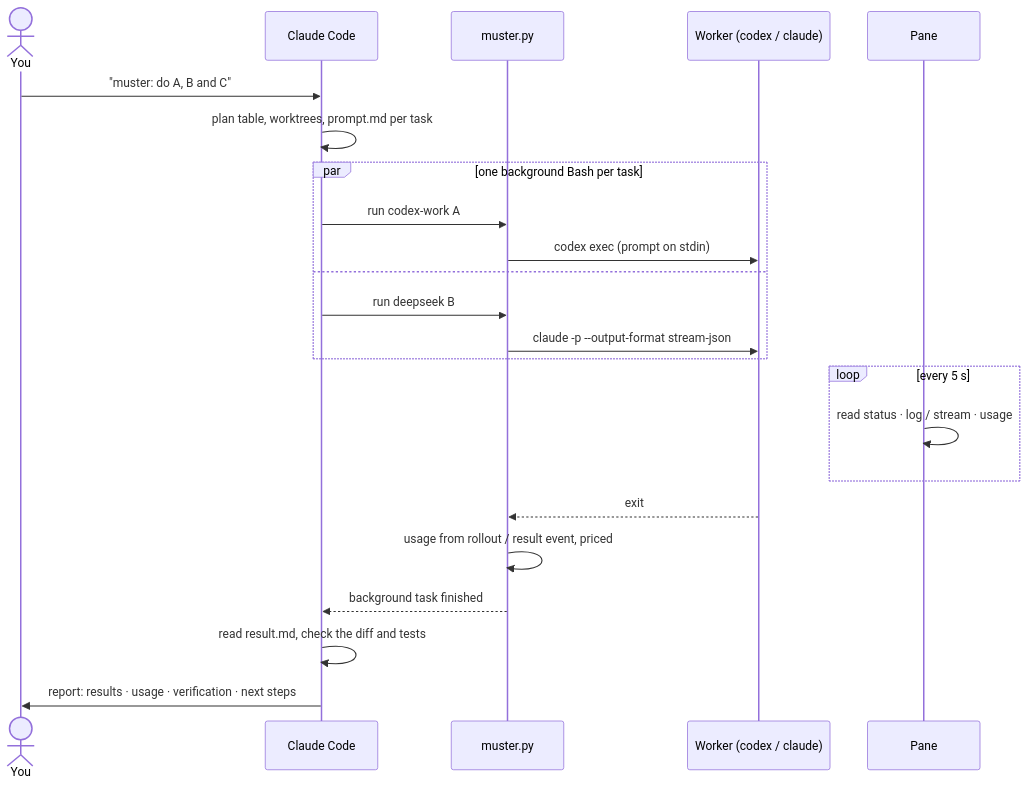
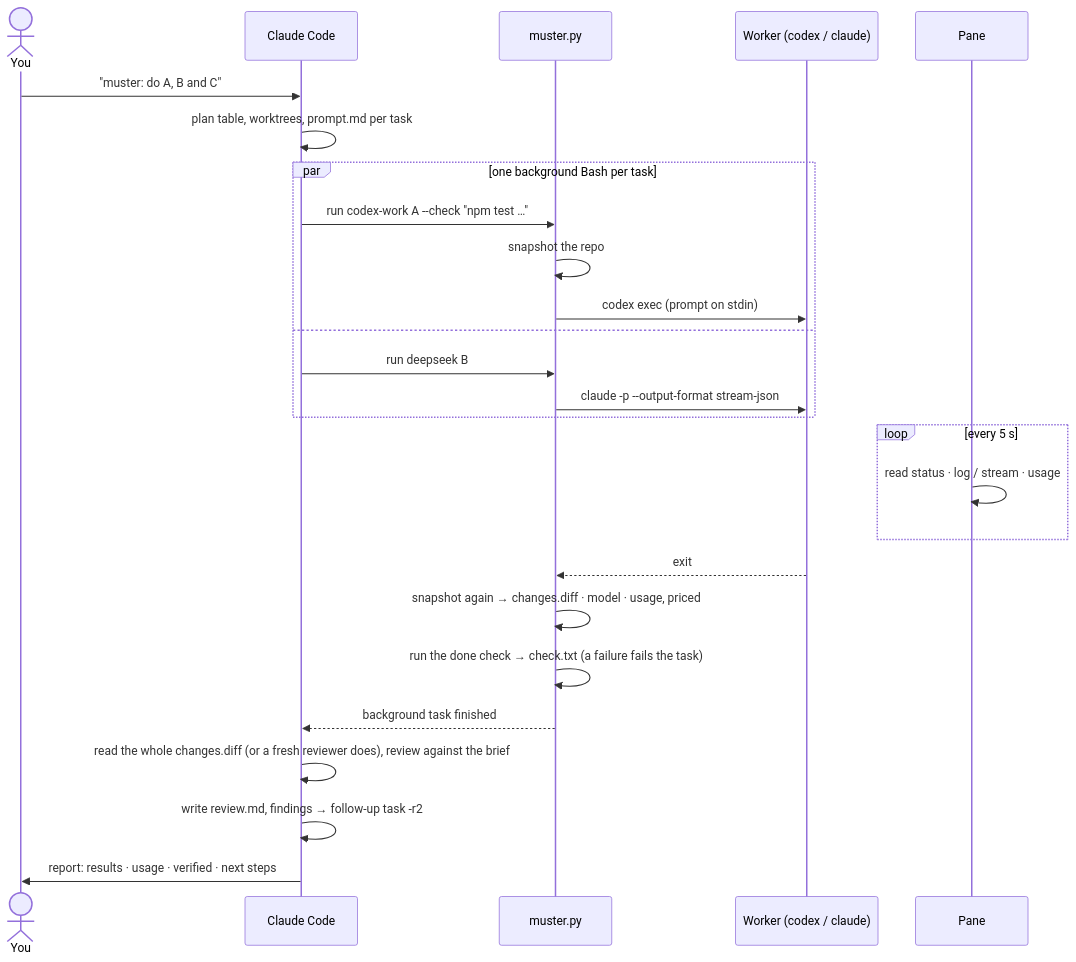
One commit to jandyx/muster changed the second of 5 diagrams in docs/how-it-works.md. Above: the diagram before and after it, drawn with Mermaid. The commit also changed other lines of this file and 3 other files, not shown here.

First line of the commit message:
Bring the README, diagrams and screenshot up to date

````diff
--- a/docs/how-it-works.md
+++ b/docs/how-it-works.md
@@ -24,25 +24,28 @@
 ```mermaid
 sequenceDiagram
     actor U as You
     participant C as Claude Code
     participant R as muster.py
     participant W as Worker (codex / claude)
     participant P as Pane
     U->>C: "muster: do A, B and C"
     C->>C: plan table, worktrees, prompt.md per task
     par one background Bash per task
-        C->>R: run codex-work A
+        C->>R: run codex-work A --check "npm test …"
+        R->>R: snapshot the repo
         R->>W: codex exec (prompt on stdin)
     and
         C->>R: run deepseek B
         R->>W: claude -p --output-format stream-json
     end
     loop every 5 s
         P->>P: read status · log / stream · usage
     end
     W-->>R: exit
-    R->>R: usage from rollout / result event, priced
+    R->>R: snapshot again → changes.diff · model · usage, priced
+    R->>R: run the done check → check.txt (a failure fails the task)
     R-->>C: background task finished
-    C->>C: read result.md, check the diff and tests
-    C->>U: report: results · usage · verification · next steps
+    C->>C: read the whole changes.diff (or a fresh reviewer does), review against the brief
+    C->>C: write review.md, findings → follow-up task -r2
+    C->>U: report: results · usage · verified · next steps
 ```
````
